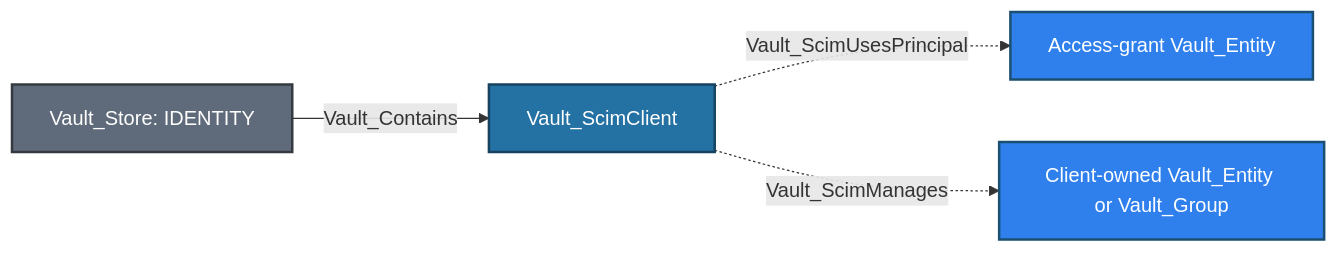
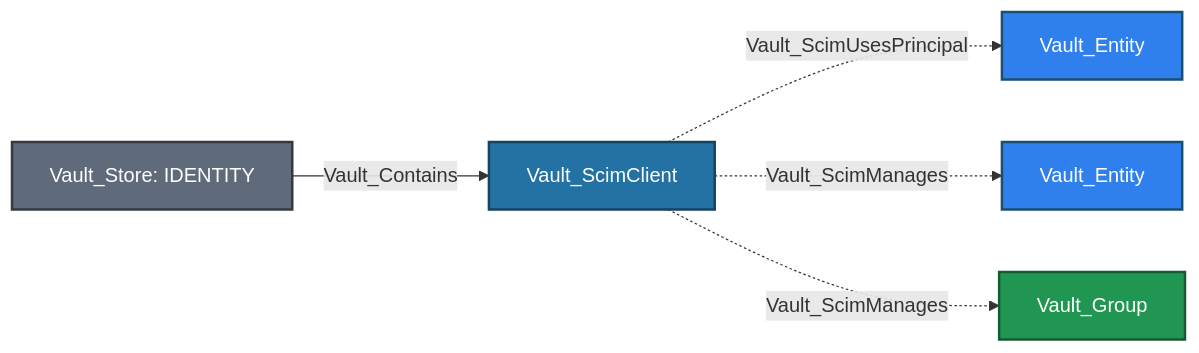
Diagram 11 of 12 in Documentation/stores/IDENTITY.md (bytewreck/opengraph-vault), drawn with Mermaid before and after one commit. The commit also changed other lines of this file and 1 other file, not shown here.

````diff
--- a/Documentation/stores/IDENTITY.md
+++ b/Documentation/stores/IDENTITY.md
@@ -534,11 +602,12 @@
 ```mermaid
 flowchart LR
     store[Vault_Store: IDENTITY]:::storeNode -->|Vault_Contains| client[Vault_ScimClient]:::scimNode
-    client -.->|Vault_ScimUsesPrincipal| principal[Access-grant Vault_Entity]:::entityNode
-    client -.->|Vault_ScimManages| resource["Client-owned Vault_Entity or Vault_Group"]:::identityNode
+    client -.->|Vault_ScimUsesPrincipal| principal[Vault_Entity]:::entityNode
+    client -.->|Vault_ScimManages| managedEntity[Vault_Entity]:::entityNode
+    client -.->|Vault_ScimManages| managedGroup[Vault_Group]:::groupNode
 
     classDef storeNode fill:#5F6B7A,color:#fff,stroke:#343A40,stroke-width:2px
     classDef scimNode fill:#2471A3,color:#fff,stroke:#154360,stroke-width:2px
     classDef entityNode fill:#2F80ED,color:#fff,stroke:#1B4F72,stroke-width:2px
-    classDef identityNode fill:#2F80ED,color:#fff,stroke:#1B4F72,stroke-width:2px
+    classDef groupNode fill:#219653,color:#fff,stroke:#145A32,stroke-width:2px
 ```
````
